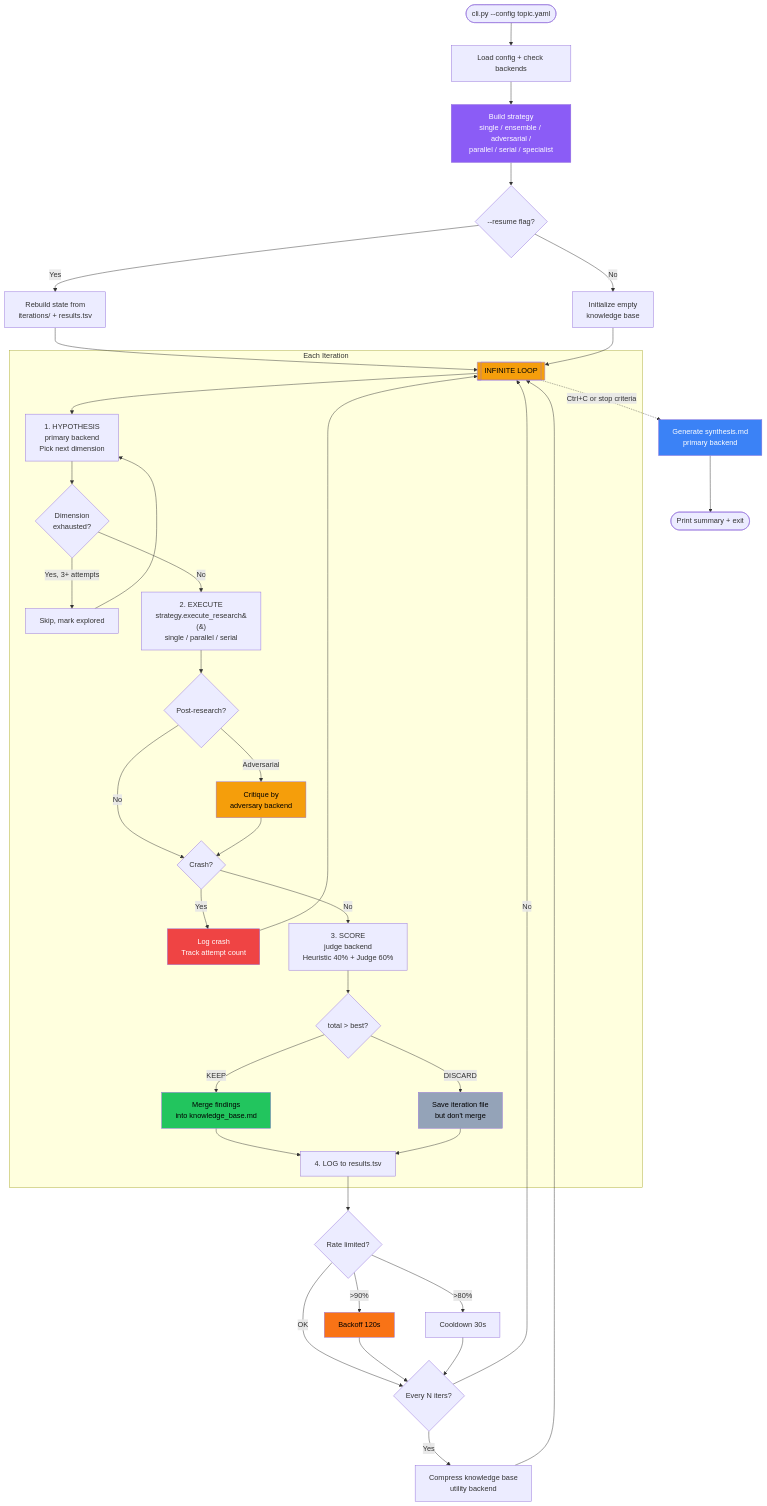
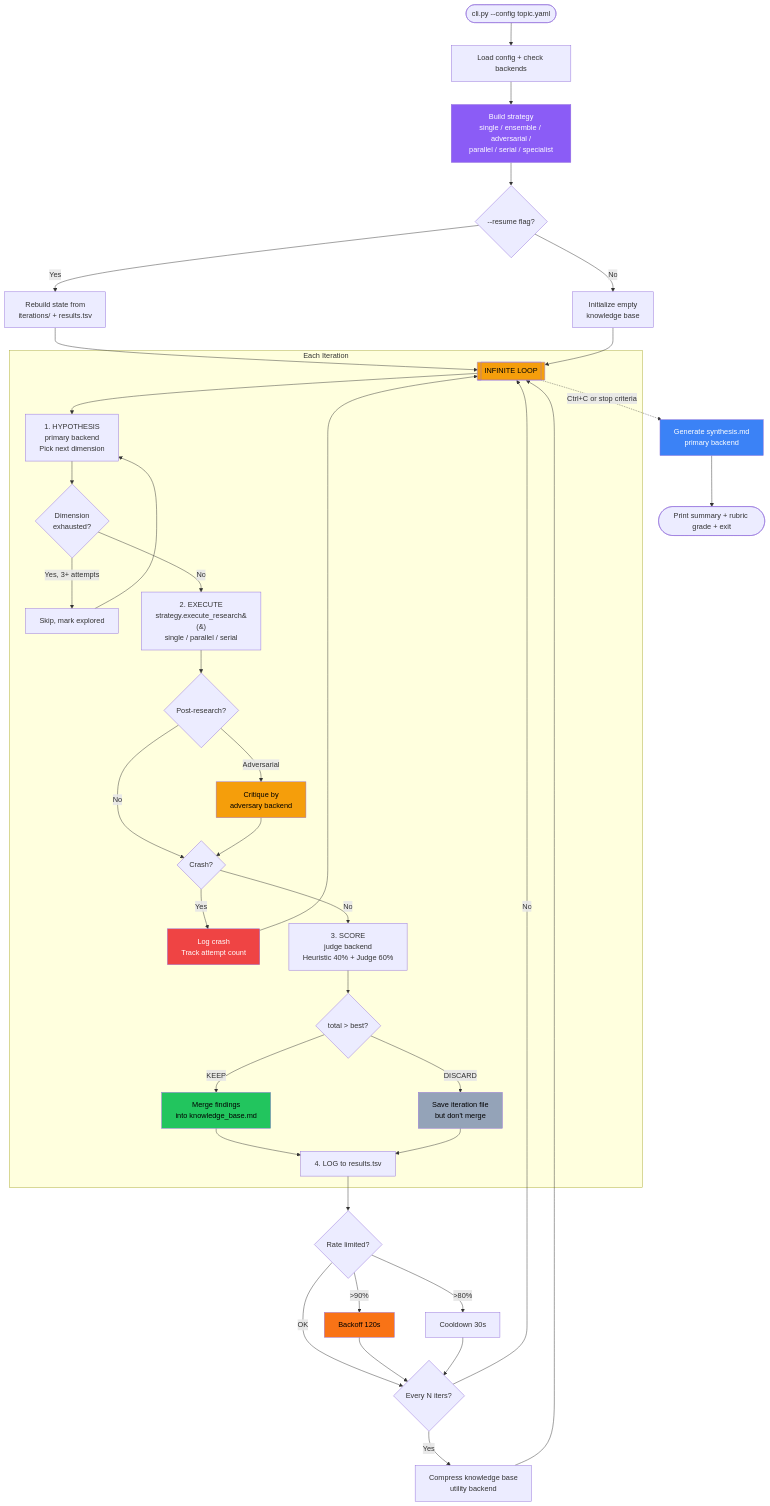
The first of 2 diagrams in README.md (josefigueredo/auto-research), drawn with Mermaid before and after one commit. The commit also changed other lines of this file, not shown here.

````diff
--- a/README.md
+++ b/README.md
@@ -128,59 +55,59 @@
 ```mermaid
 flowchart TD
     START([cli.py --config topic.yaml]) --> INIT[Load config + check backends]
     INIT --> STRAT[Build strategy<br>single / ensemble / adversarial /<br>parallel / serial / specialist]
     STRAT --> CHECK{--resume flag?}
     CHECK -->|Yes| RESUME[Rebuild state from<br>iterations/ + results.tsv]
     CHECK -->|No| FRESH[Initialize empty<br>knowledge base]
     RESUME --> LOOP
     FRESH --> LOOP
 
     LOOP[[INFINITE LOOP]] --> HYPO
 
     subgraph ITERATION ["Each Iteration"]
         HYPO[1. HYPOTHESIS<br>primary backend<br>Pick next dimension]
         HYPO --> EXHAUST{Dimension<br>exhausted?}
         EXHAUST -->|Yes, 3+ attempts| SKIP_DIM[Skip, mark explored]
         EXHAUST -->|No| EXEC
         SKIP_DIM --> HYPO
         EXEC[2. EXECUTE<br>strategy.execute_research&#40;&#41;<br>single / parallel / serial]
         EXEC --> CRIT{Post-research?}
         CRIT -->|Adversarial| CRITIQUE[Critique by<br>adversary backend]
         CRIT -->|No| CRASH
         CRITIQUE --> CRASH
         CRASH{Crash?}
         CRASH -->|Yes| LOG_CRASH[Log crash<br>Track attempt count]
         CRASH -->|No| SCORE
         LOG_CRASH --> LOOP
         SCORE[3. SCORE<br>judge backend<br>Heuristic 40% + Judge 60%]
         SCORE --> DECIDE{total > best?}
         DECIDE -->|KEEP| MERGE[Merge findings<br>into knowledge_base.md]
         DECIDE -->|DISCARD| SAVE[Save iteration file<br>but don't merge]
         MERGE --> LOG
         SAVE --> LOG
         LOG[4. LOG to results.tsv]
     end
 
     LOG --> RATE{Rate limited?}
     RATE -->|>90%| WAIT_LONG[Backoff 120s]
     RATE -->|>80%| WAIT_SHORT[Cooldown 30s]
     RATE -->|OK| COMPRESS
     WAIT_LONG --> COMPRESS
     WAIT_SHORT --> COMPRESS
     COMPRESS{Every N iters?}
     COMPRESS -->|Yes| SHRINK[Compress knowledge base<br>utility backend]
     COMPRESS -->|No| LOOP
     SHRINK --> LOOP
 
     LOOP -.->|Ctrl+C or stop criteria| SYNTH[Generate synthesis.md<br>primary backend]
-    SYNTH --> DONE([Print summary + exit])
+    SYNTH --> DONE([Print summary + rubric grade + exit])
 
     style LOOP fill:#f59e0b,color:#000
     style MERGE fill:#22c55e,color:#000
     style SAVE fill:#94a3b8,color:#000
     style LOG_CRASH fill:#ef4444,color:#fff
     style SYNTH fill:#3b82f6,color:#fff
     style WAIT_LONG fill:#f97316,color:#000
     style STRAT fill:#8b5cf6,color:#fff
     style CRITIQUE fill:#f59e0b,color:#000
 ```
````
